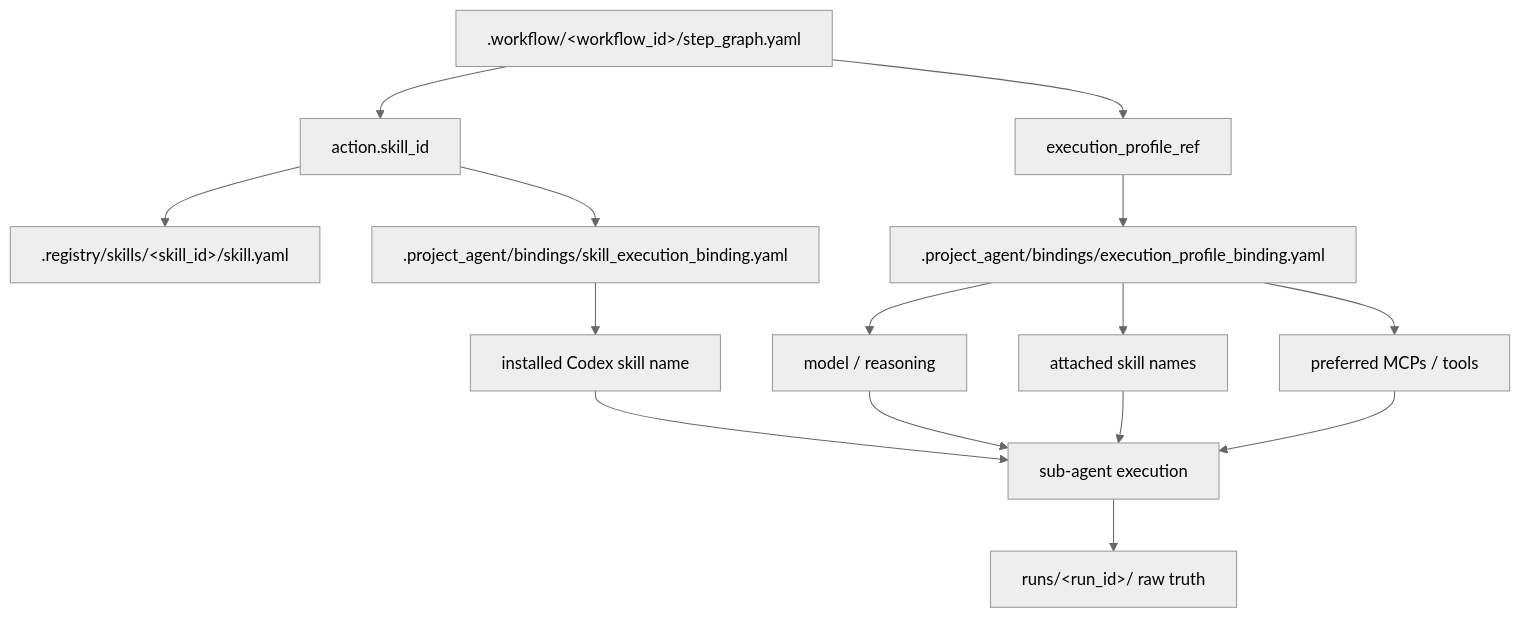
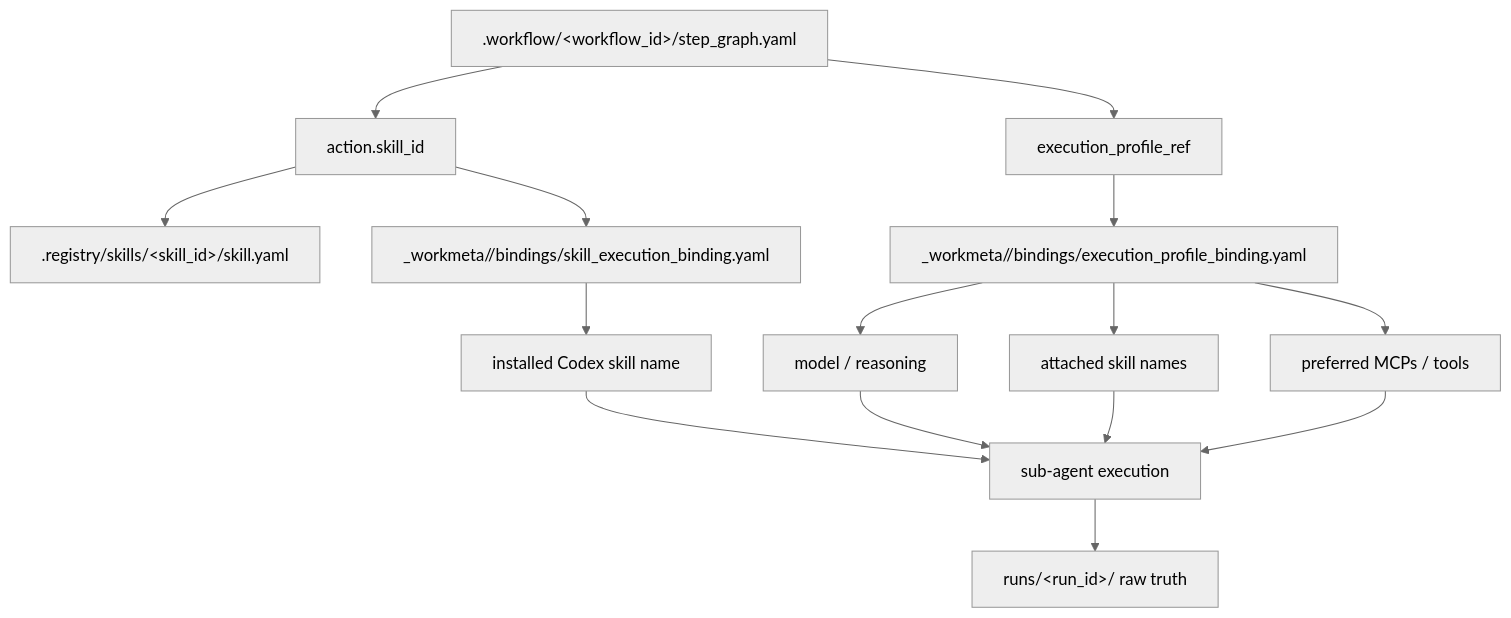
Before and after one commit to SungYongMOON/soulforge: the first of 2 diagrams in docs/architecture/workspace/WORKFLOW_EXECUTION_BINDING_MODEL.md, drawn with Mermaid (neutral theme). The commit also changed other lines of this file and 111 other files, not shown here.

````diff
--- a/docs/architecture/workspace/WORKFLOW_EXECUTION_BINDING_MODEL.md
+++ b/docs/architecture/workspace/WORKFLOW_EXECUTION_BINDING_MODEL.md
@@ -10,17 +10,17 @@
 ```mermaid
 flowchart TD
   WF[".workflow/&lt;workflow_id&gt;/step_graph.yaml"] --> S["action.skill_id"]
   WF --> EP["execution_profile_ref"]
   S --> SK[".registry/skills/&lt;skill_id&gt;/skill.yaml"]
-  EP --> EPB[".project_agent/bindings/execution_profile_binding.yaml"]
-  S --> SEB[".project_agent/bindings/skill_execution_binding.yaml"]
+  EP --> EPB["_workmeta/<project_code>/bindings/execution_profile_binding.yaml"]
+  S --> SEB["_workmeta/<project_code>/bindings/skill_execution_binding.yaml"]
   EPB --> M["model / reasoning"]
   EPB --> AS["attached skill names"]
   EPB --> PT["preferred MCPs / tools"]
   SEB --> CS["installed Codex skill name"]
   M --> RUN["sub-agent execution"]
   AS --> RUN
   PT --> RUN
   CS --> RUN
   RUN --> RT["runs/&lt;run_id&gt;/ raw truth"]
 ```
````
